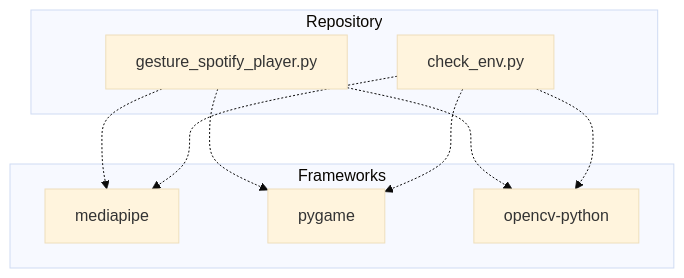
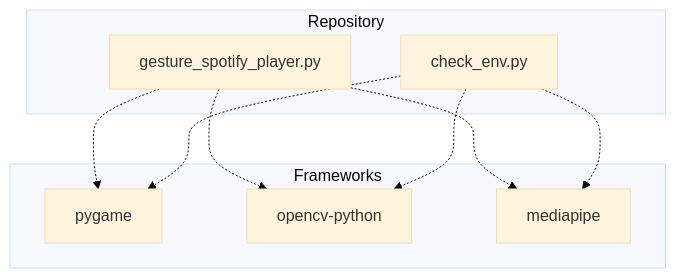
One commit to NITISH-R-G/PalmPlay1 changed the first of 2 diagrams in README.md. Above: the diagram before and after it, drawn with Mermaid (base theme). The commit also changed other lines of this file and 3 other files, not shown here.

Commit message:
docs: update repository documentation and diagrams [skip ci]

````diff
--- a/README.md
+++ b/README.md
@@ -39,20 +39,20 @@
 ```mermaid
 graph TD
     subgraph Repository
         gesture_spotify_player_py[gesture_spotify_player.py]
         check_env_py[check_env.py]
         click gesture_spotify_player_py href "https://github.com/NITISH-R-G/PalmPlay1/blob/main/gesture_spotify_player.py" "View source code"
         click check_env_py href "https://github.com/NITISH-R-G/PalmPlay1/blob/main/check_env.py" "View source code"
     end
     subgraph Frameworks
-        fw_mediapipe[mediapipe]
         fw_pygame[pygame]
         fw_opencv_python[opencv-python]
+        fw_mediapipe[mediapipe]
     end
-    gesture_spotify_player_py -.-> fw_mediapipe
     gesture_spotify_player_py -.-> fw_pygame
     gesture_spotify_player_py -.-> fw_opencv_python
-    check_env_py -.-> fw_mediapipe
+    gesture_spotify_player_py -.-> fw_mediapipe
     check_env_py -.-> fw_pygame
     check_env_py -.-> fw_opencv_python
+    check_env_py -.-> fw_mediapipe
 ```
````
